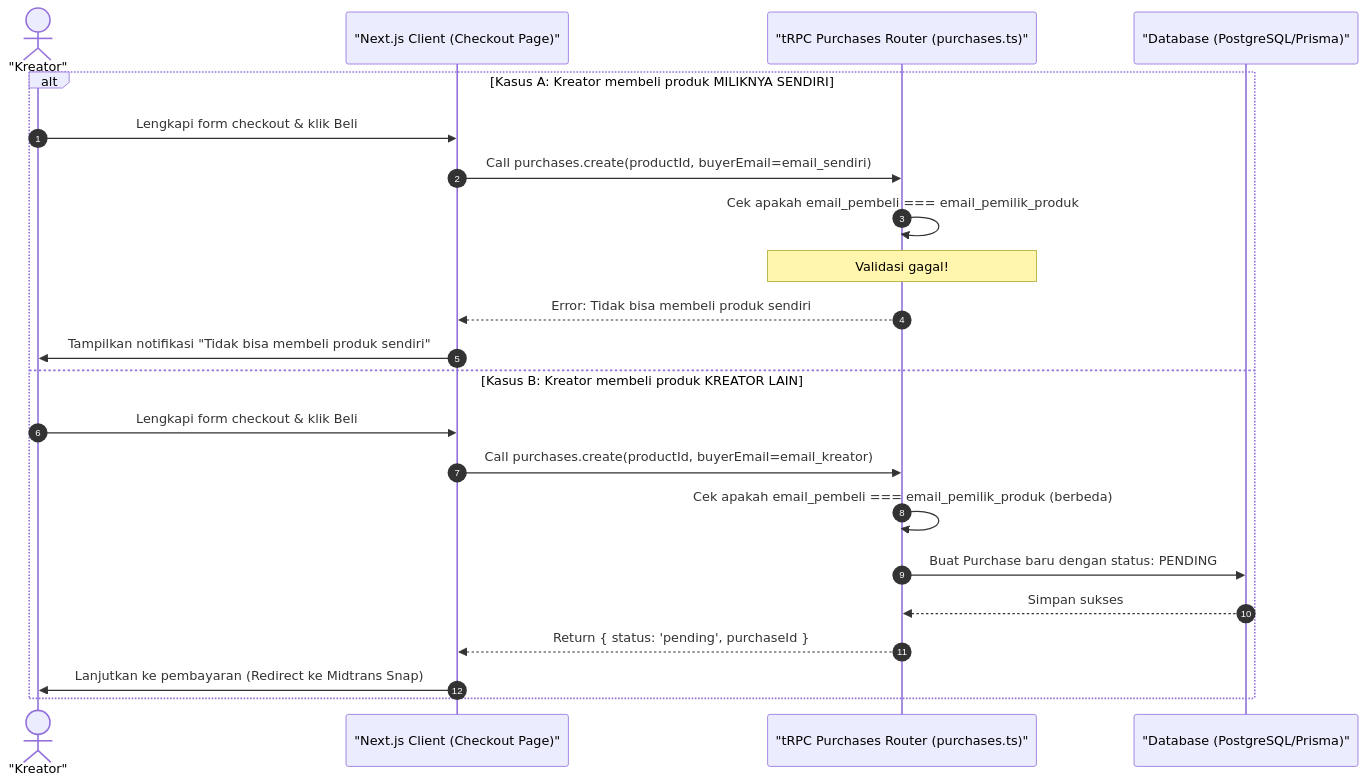
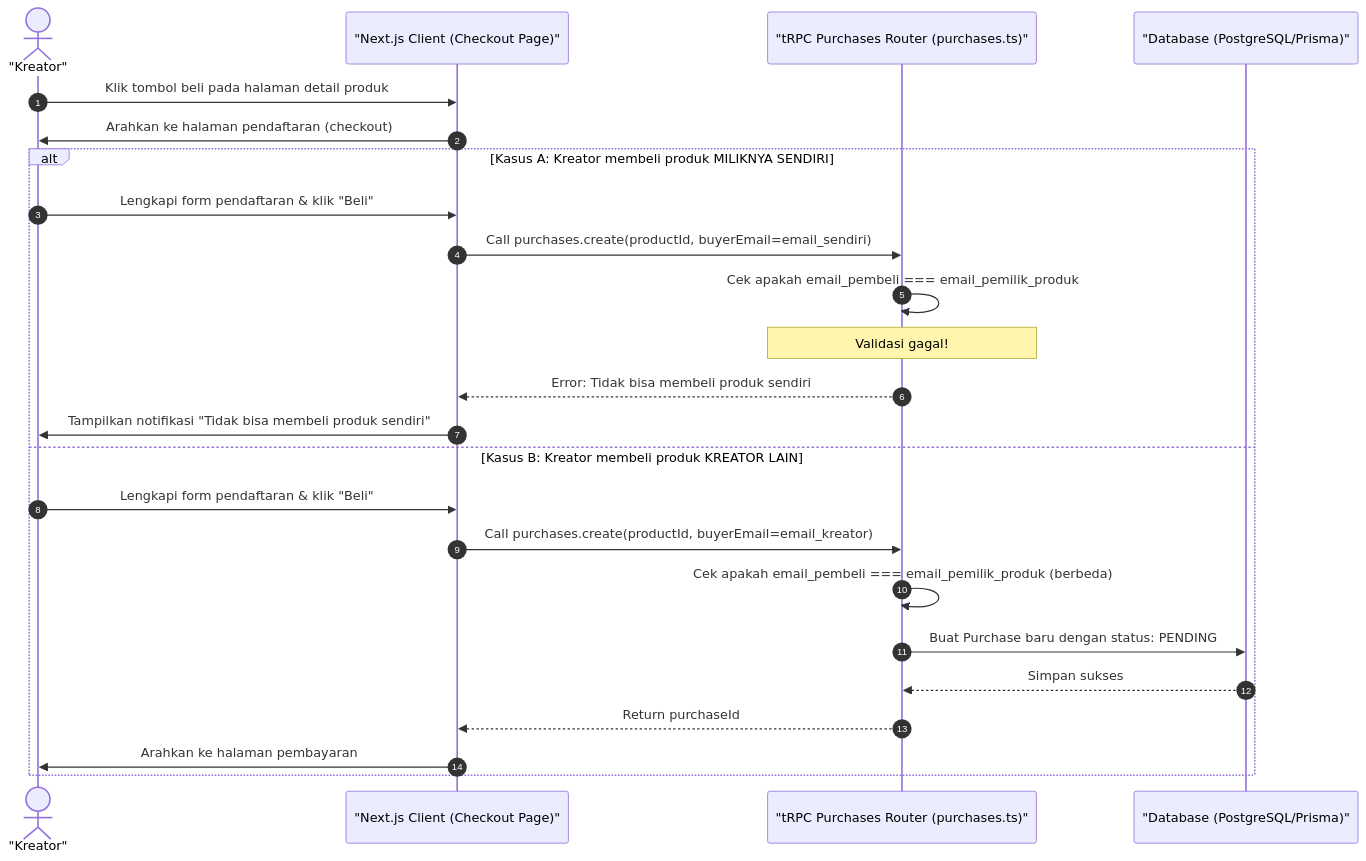
The diagram in docs/38-creator-checkout.md (luputer/CuanIN), drawn with Mermaid before and after one commit. The commit also changed 7 other files, not shown here.

Commit message:
perbaiki sequence

````diff
--- a/docs/38-creator-checkout.md
+++ b/docs/38-creator-checkout.md
@@ -5,26 +5,29 @@
 ```mermaid
 sequenceDiagram
     autonumber
     actor Creator as "Kreator"
     participant Client as "Next.js Client (Checkout Page)"
     participant Server as "tRPC Purchases Router (purchases.ts)"
     participant DB as "Database (PostgreSQL/Prisma)"
 
+    Creator->>Client: Klik tombol beli pada halaman detail produk
+    Client->>Creator: Arahkan ke halaman pendaftaran (checkout)
+
     alt Kasus A: Kreator membeli produk MILIKNYA SENDIRI
-        Creator->>Client: Lengkapi form checkout & klik Beli
+        Creator->>Client: Lengkapi form pendaftaran & klik "Beli"
         Client->>Server: Call purchases.create(productId, buyerEmail=email_sendiri)
         Server->>Server: Cek apakah email_pembeli === email_pemilik_produk
         Note over Server: Validasi gagal!
         Server-->>Client: Error: Tidak bisa membeli produk sendiri
         Client->>Creator: Tampilkan notifikasi "Tidak bisa membeli produk sendiri"
     else Kasus B: Kreator membeli produk KREATOR LAIN
-        Creator->>Client: Lengkapi form checkout & klik Beli
+        Creator->>Client: Lengkapi form pendaftaran & klik "Beli"
         Client->>Server: Call purchases.create(productId, buyerEmail=email_kreator)
         Server->>Server: Cek apakah email_pembeli === email_pemilik_produk (berbeda)
         Server->>DB: Buat Purchase baru dengan status: PENDING
         DB-->>Server: Simpan sukses
-        Server-->>Client: Return { status: 'pending', purchaseId }
-        Client->>Creator: Lanjutkan ke pembayaran (Redirect ke Midtrans Snap)
+        Server-->>Client: Return purchaseId
+        Client->>Creator: Arahkan ke halaman pembayaran
     end
 
 ```
````
